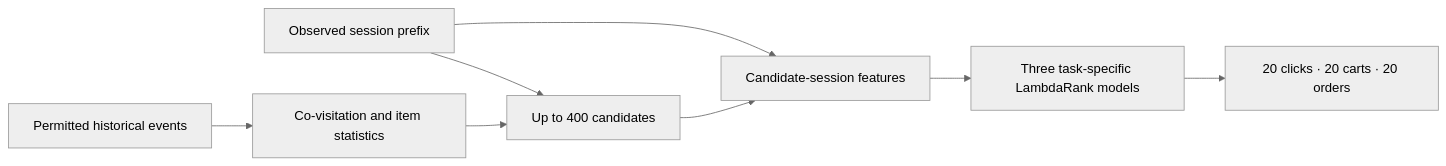
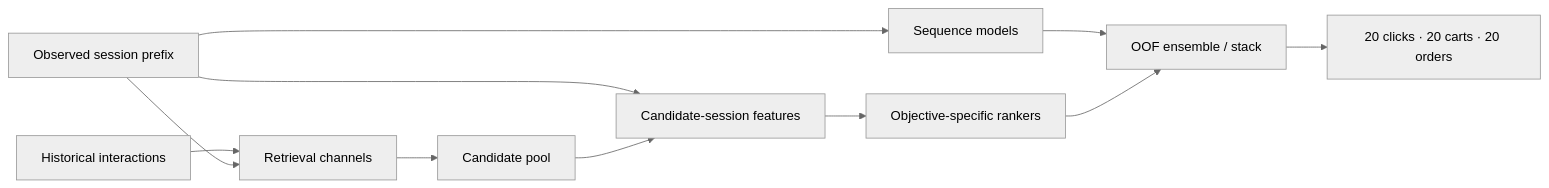
One commit to alvaromendizabal/otto-recommender-system changed the diagram in README.md. Above: the diagram before and after it, drawn with Mermaid (neutral theme). The commit also changed other lines of this file, not shown here.

````diff
--- a/README.md
+++ b/README.md
@@ -33,10 +62,13 @@
 ```mermaid
 flowchart LR
-    H[Permitted historical events] --> G[Co-visitation and item statistics]
-    P[Observed session prefix] --> C[Up to 400 candidates]
-    G --> C
+    H[Historical interactions] --> R[Retrieval channels]
+    P[Observed session prefix] --> R
+    R --> C[Candidate pool]
     P --> F[Candidate-session features]
     C --> F
-    F --> R[Three task-specific LambdaRank models]
-    R --> O[20 clicks · 20 carts · 20 orders]
+    F --> T[Objective-specific rankers]
+    P --> S[Sequence models]
+    S --> E[OOF ensemble / stack]
+    T --> E
+    E --> O[20 clicks · 20 carts · 20 orders]
 ```
````
